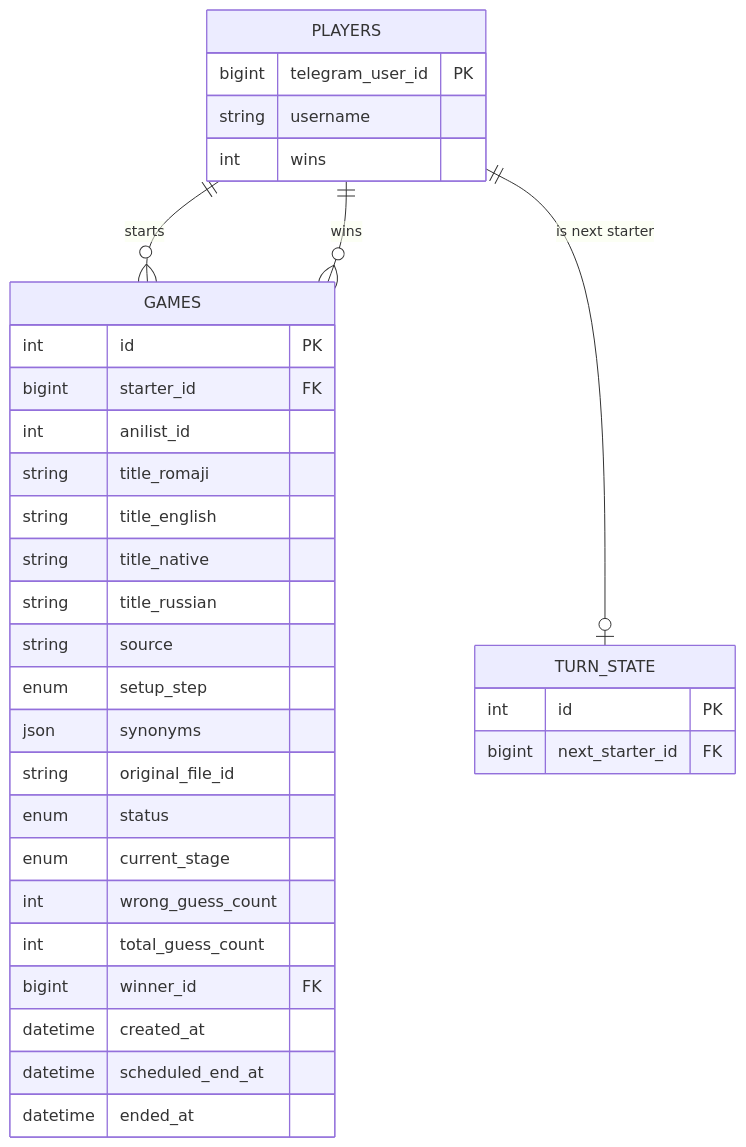
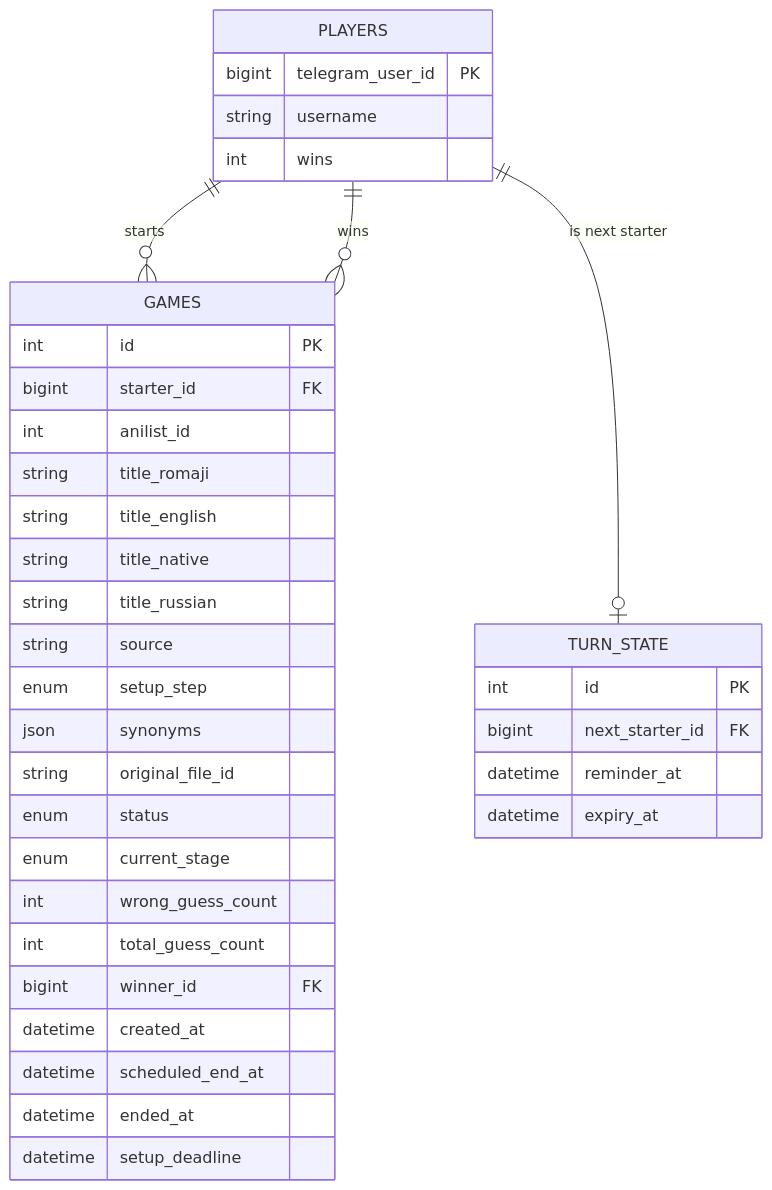
The diagram in ARCHITECTURE.md (sm-steel/nani-pix-bot), drawn with Mermaid before and after one commit. The commit also changed other lines of this file and 21 other files, not shown here.

````diff
--- a/ARCHITECTURE.md
+++ b/ARCHITECTURE.md
@@ -84,37 +84,40 @@
 ```mermaid
 erDiagram
     PLAYERS ||--o{ GAMES : starts
     PLAYERS ||--o{ GAMES : wins
     PLAYERS ||--o| TURN_STATE : "is next starter"
 
     PLAYERS {
         bigint telegram_user_id PK
         string username
         int wins
     }
     GAMES {
         int id PK
         bigint starter_id FK
         int anilist_id
         string title_romaji
         string title_english
         string title_native
         string title_russian
         string source
         enum setup_step
         json synonyms
         string original_file_id
         enum status
         enum current_stage
         int wrong_guess_count
         int total_guess_count
         bigint winner_id FK
         datetime created_at
         datetime scheduled_end_at
         datetime ended_at
+        datetime setup_deadline
     }
     TURN_STATE {
         int id PK
         bigint next_starter_id FK
+        datetime reminder_at
+        datetime expiry_at
     }
 ```
````
